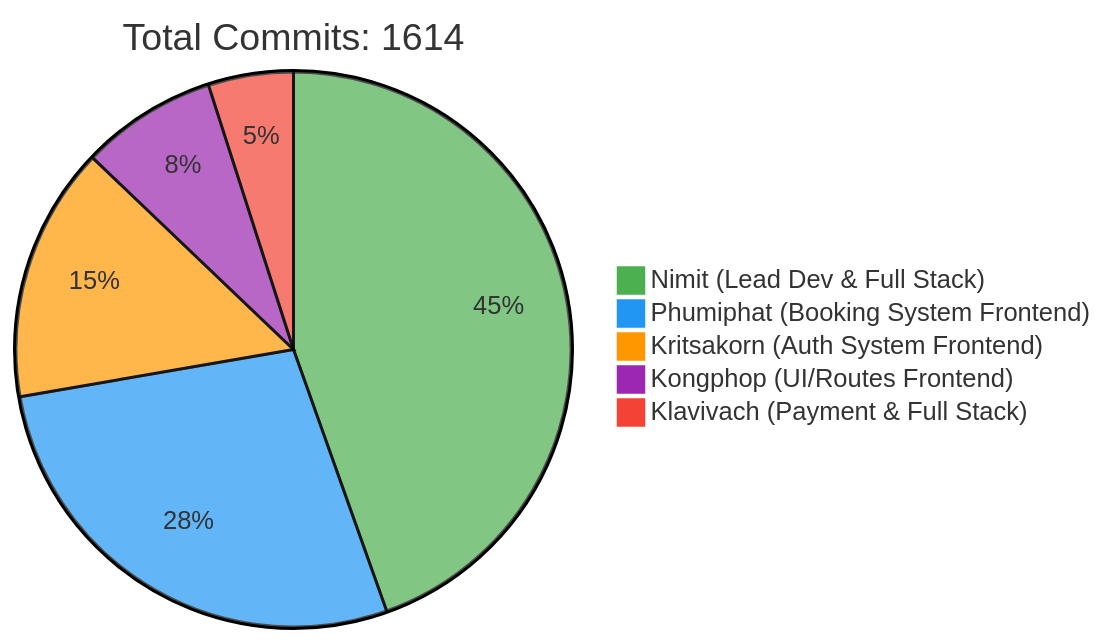
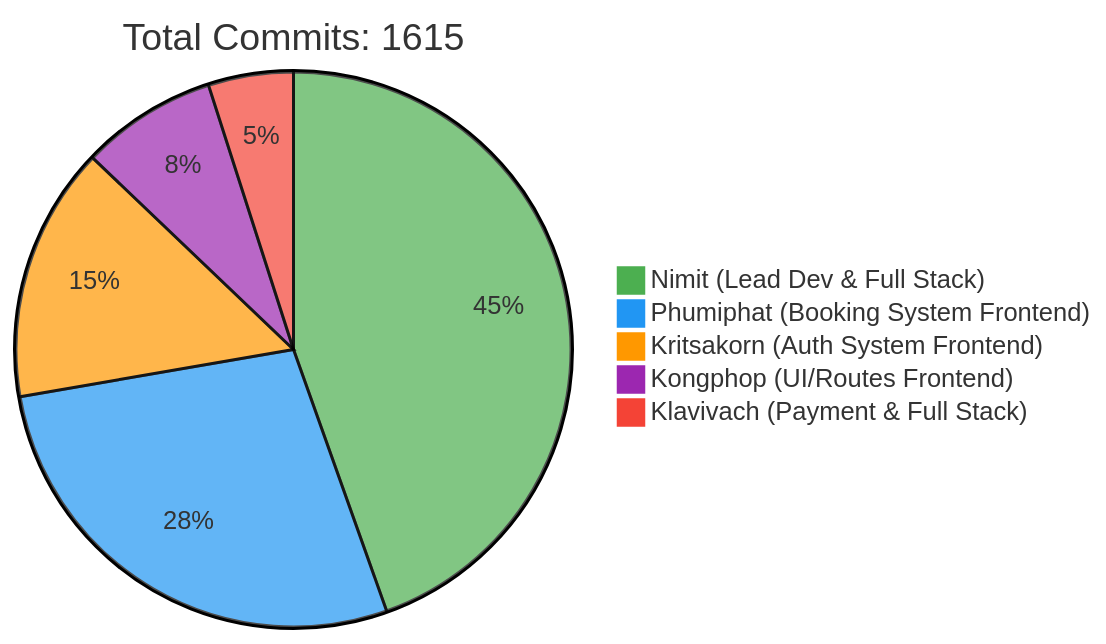
Before and after one commit to 6531503042/Sport-Complex: the first of 2 diagrams in README.md, drawn with Mermaid. The commit also changed other lines of this file, not shown here.

Commit message:
docs: Update contributor statistics [skip ci]

````diff
--- a/README.md
+++ b/README.md
@@ -257,10 +257,10 @@
 ```mermaid
 %%{init: {'theme': 'base', 'themeVariables': { 'pie1': '#4CAF50', 'pie2': '#2196F3', 'pie3': '#FF9800', 'pie4': '#9C27B0', 'pie5': '#F44336'}}}%%
 pie
-    title Total Commits: 1614
+    title Total Commits: 1615
     "Nimit (Lead Dev & Full Stack)" : 450
     "Phumiphat (Booking System Frontend)" : 280
     "Kritsakorn (Auth System Frontend)" : 150
     "Kongphop (UI/Routes Frontend)" : 80
     "Klavivach (Payment & Full Stack)" : 50
 ```
````
